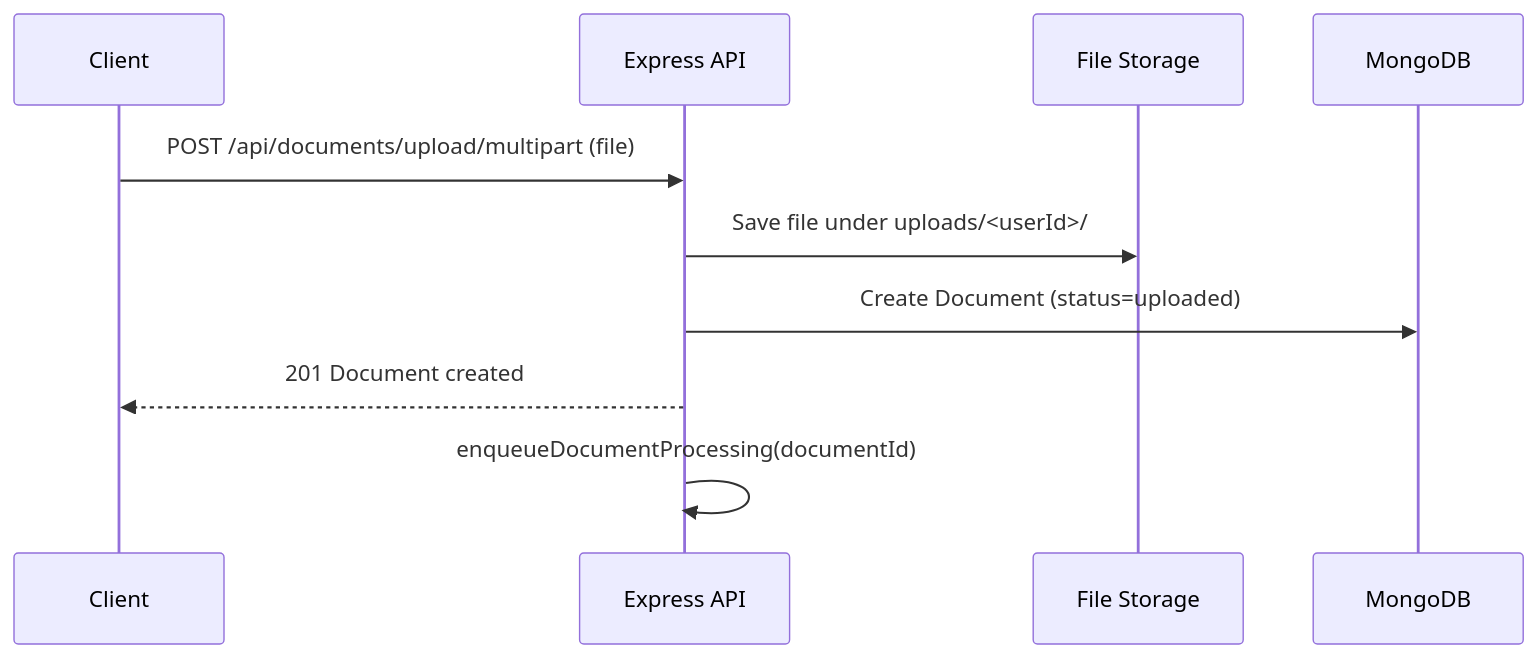
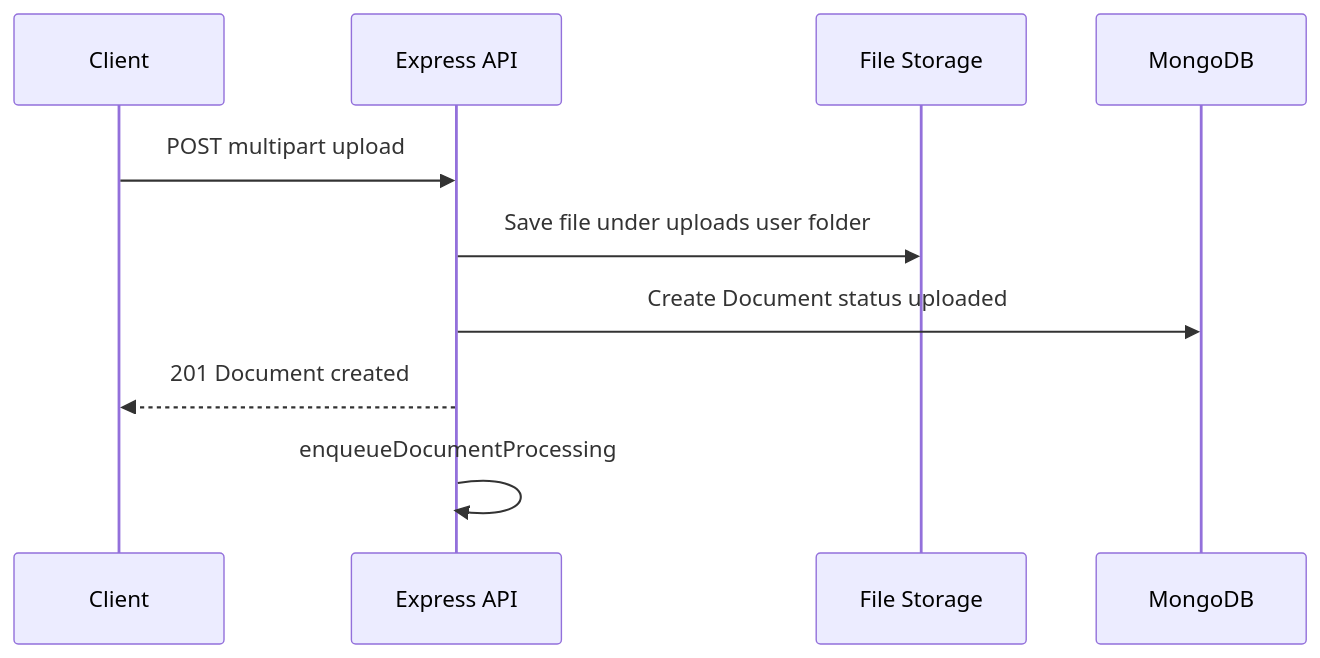
One commit to tusharOxacular09/documind-server changed the second of 5 diagrams in README.md. Above: the diagram before and after it, drawn with Mermaid. The commit also changed other lines of this file, not shown here.

First line of the commit message:
Update README.md to enhance clarity on document upload and processing flows

````diff
--- a/README.md
+++ b/README.md
@@ -101,13 +101,13 @@
 ```mermaid
 sequenceDiagram
   participant UI as Client
   participant API as Express API
   participant FS as File Storage
   participant DB as MongoDB
 
-  UI->>API: POST /api/documents/upload/multipart (file)
-  API->>FS: Save file under uploads/<userId>/
-  API->>DB: Create Document (status=uploaded)
+  UI->>API: POST multipart upload
+  API->>FS: Save file under uploads user folder
+  API->>DB: Create Document status uploaded
   API-->>UI: 201 Document created
-  API->>API: enqueueDocumentProcessing(documentId)
+  API->>API: enqueueDocumentProcessing
 ```
````
